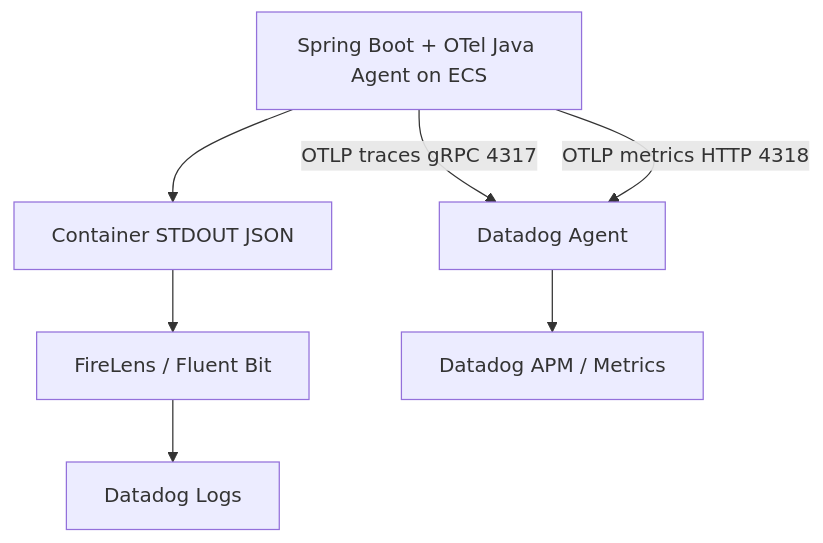
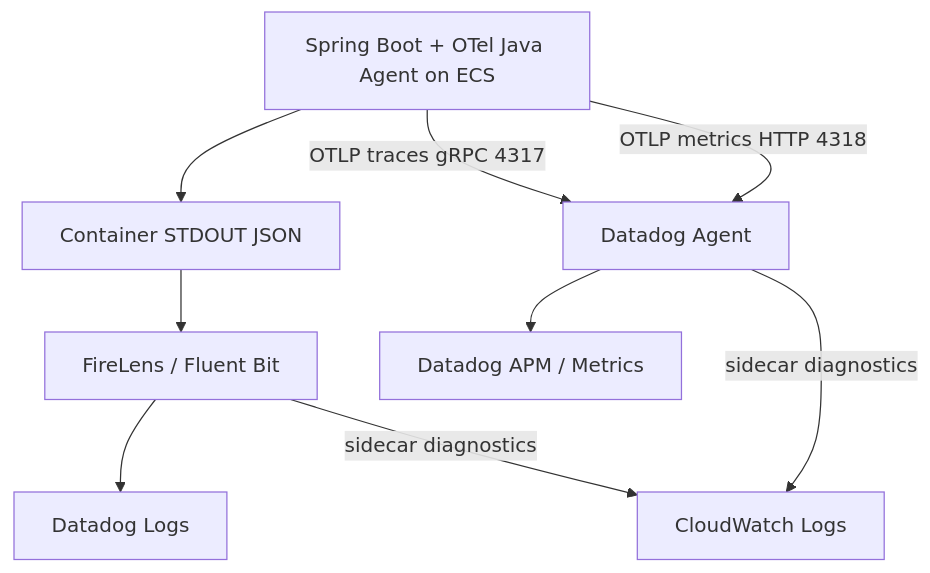
Before and after one commit to rafty/Todo-ECS-Observability-Sample: the diagram in docs/backend/logging.md, drawn with Mermaid. The commit also changed other lines of this file and 10 other files, not shown here.

````diff
--- a/docs/backend/logging.md
+++ b/docs/backend/logging.md
@@ -140,9 +180,11 @@
 ```mermaid
 flowchart TB
   App["Spring Boot + OTel Java Agent on ECS"] --> Stdout["Container STDOUT JSON"]
   Stdout --> FireLens["FireLens / Fluent Bit"]
   FireLens --> DDLogs["Datadog Logs"]
+  FireLens -->|"sidecar diagnostics"| CWLogs["CloudWatch Logs"]
   App -->|"OTLP traces gRPC 4317"| DDAgent["Datadog Agent"]
   App -->|"OTLP metrics HTTP 4318"| DDAgent
   DDAgent --> DDApm["Datadog APM / Metrics"]
+  DDAgent -->|"sidecar diagnostics"| CWLogs
 ```
````
